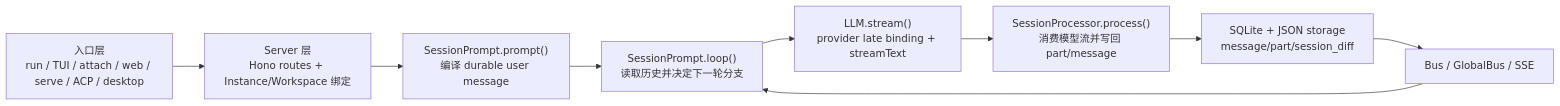
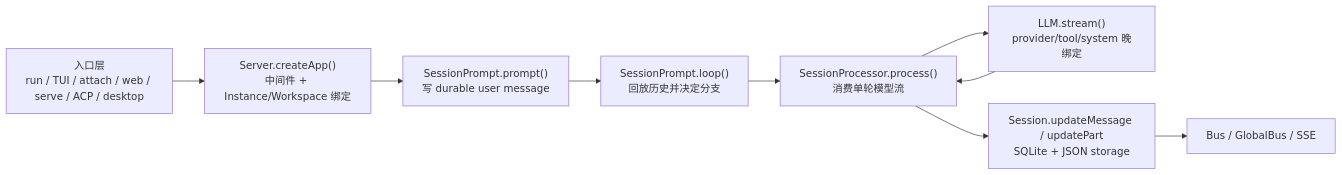
One commit to feuyeux/agent-study changed the diagram in opencode_kickoff/README.md. Above: the diagram before and after it, drawn with Mermaid. The commit also changed other lines of this file and 21 other files, not shown here.

````diff
--- a/opencode_kickoff/README.md
+++ b/opencode_kickoff/README.md
@@ -54,20 +116,20 @@
 ```mermaid
 flowchart LR
     Entry["入口层<br/>run / TUI / attach / web / serve / ACP / desktop"]
-    Server["Server 层<br/>Hono routes + Instance/Workspace 绑定"]
-    Prompt["SessionPrompt.prompt()<br/>编译 durable user message"]
-    Loop["SessionPrompt.loop()<br/>读取历史并决定下一轮分支"]
-    Processor["SessionProcessor.process()<br/>消费模型流并写回 part/message"]
-    LLM["LLM.stream()<br/>provider late binding + streamText"]
-    DB["SQLite + JSON storage<br/>message/part/session_diff"]
+    Server["Server.createApp()<br/>中间件 + Instance/Workspace 绑定"]
+    Prompt["SessionPrompt.prompt()<br/>写 durable user message"]
+    Loop["SessionPrompt.loop()<br/>回放历史并决定分支"]
+    Processor["SessionProcessor.process()<br/>消费单轮模型流"]
+    LLM["LLM.stream()<br/>provider/tool/system 晚绑定"]
+    DB["Session.updateMessage / updatePart<br/>SQLite + JSON storage"]
     Bus["Bus / GlobalBus / SSE"]
 
     Entry --> Server
     Server --> Prompt
     Prompt --> Loop
-    Loop --> LLM
+    Loop --> Processor
+    Processor --> LLM
     LLM --> Processor
     Processor --> DB
     DB --> Bus
-    Bus --> Loop
 ```
````
